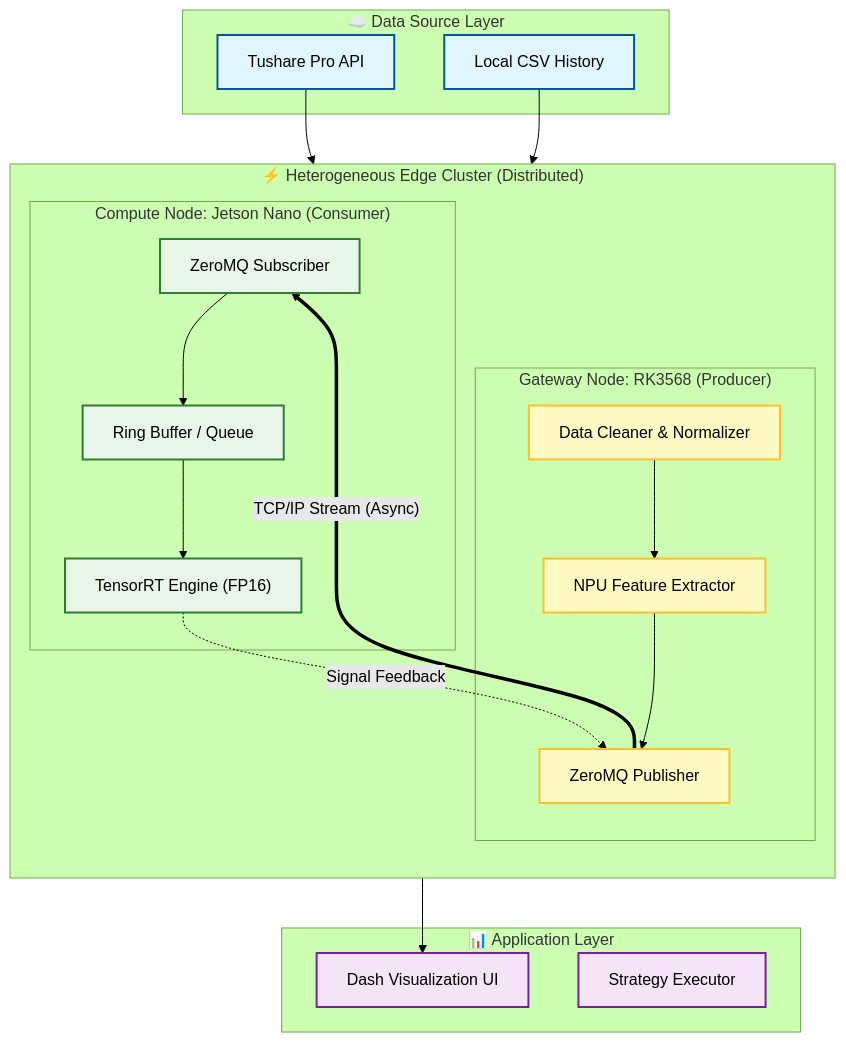
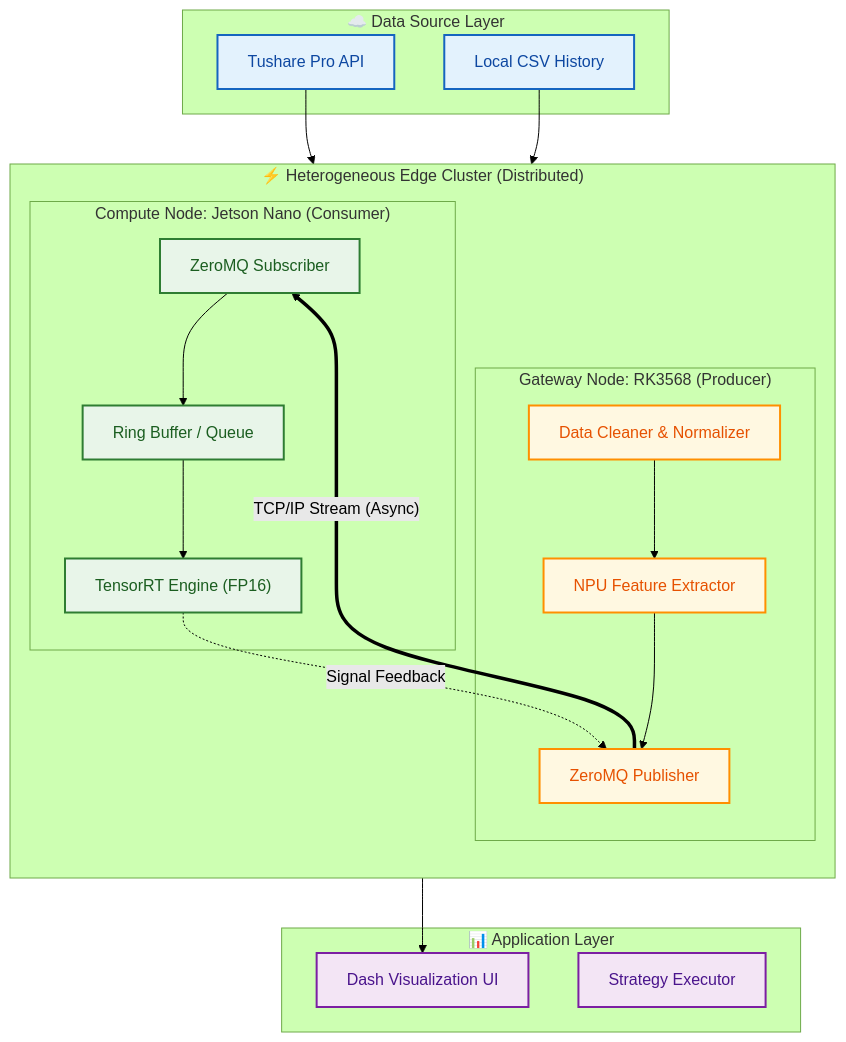
One commit to WNPPP0114/HEQIS changed the diagram in README.md. Above: the diagram before and after it, drawn with Mermaid (forest theme). The commit also changed other lines of this file, not shown here.

````diff
--- a/README.md
+++ b/README.md
@@ -9,51 +7,51 @@
 ```mermaid
 graph TD
-    %% --- Styles ---
-    classDef cloud fill:#e1f5fe,stroke:#01579b,stroke-width:2px;
-    classDef gateway fill:#fff9c4,stroke:#fbc02d,stroke-width:2px;
-    classDef compute fill:#e8f5e9,stroke:#2e7d32,stroke-width:2px;
-    classDef ui fill:#f3e5f5,stroke:#7b1fa2,stroke-width:2px;
+    %% --- Styles (High Contrast) ---
+    classDef cloud fill:#E3F2FD,stroke:#1565C0,stroke-width:2px,color:#0D47A1;
+    classDef gateway fill:#FFF8E1,stroke:#FF8F00,stroke-width:2px,color:#E65100;
+    classDef compute fill:#E8F5E9,stroke:#2E7D32,stroke-width:2px,color:#1B5E20;
+    classDef ui fill:#F3E5F5,stroke:#7B1FA2,stroke-width:2px,color:#4A148C;
 
     %% --- Cloud Layer ---
     subgraph Cloud ["☁️ Data Source Layer"]
         API["Tushare Pro API"]:::cloud
         CSV["Local CSV History"]:::cloud
     end
 
     %% --- Edge Cluster ---
     subgraph Cluster ["⚡ Heterogeneous Edge Cluster (Distributed)"]
         direction TB
         
         %% Node 1: RK3568
         subgraph RK3568 ["Gateway Node: RK3568 (Producer)"]
             Cleaner["Data Cleaner & Normalizer"]:::gateway
             RKNN["NPU Feature Extractor"]:::gateway
             ZMQ_Pub["ZeroMQ Publisher"]:::gateway
         end
 
         %% Node 2: Jetson
         subgraph Jetson ["Compute Node: Jetson Nano (Consumer)"]
             ZMQ_Sub["ZeroMQ Subscriber"]:::compute
             Buffer["Ring Buffer / Queue"]:::compute
             TRT["TensorRT Engine (FP16)"]:::compute
         end
 
         %% Inter-node Communication
         ZMQ_Pub == "TCP/IP Stream (Async)" ==> ZMQ_Sub
         TRT -.->|Signal Feedback| ZMQ_Pub
     end
 
     %% --- User Layer ---
     subgraph App ["📊 Application Layer"]
         Dash["Dash Visualization UI"]:::ui
         Strategy["Strategy Executor"]:::ui
     end
 
     %% --- Connections ---
     API --> Cleaner
     CSV --> Cleaner
     Cleaner --> RKNN
     RKNN --> ZMQ_Pub
     ZMQ_Sub --> Buffer --> TRT
     ZMQ_Pub --> Dash
 ```
````
